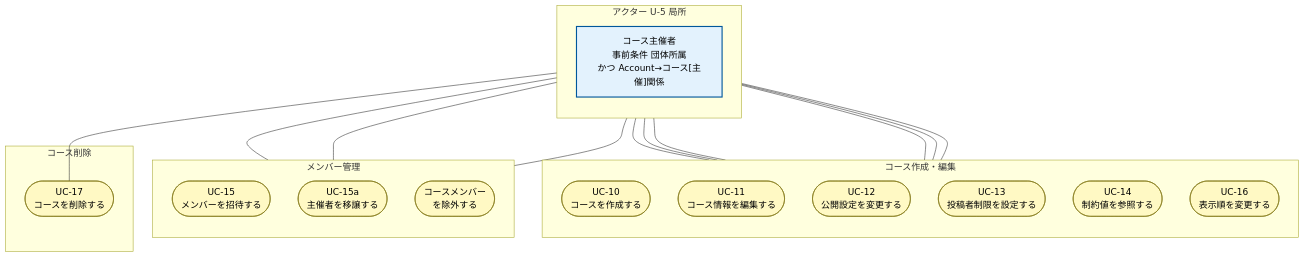
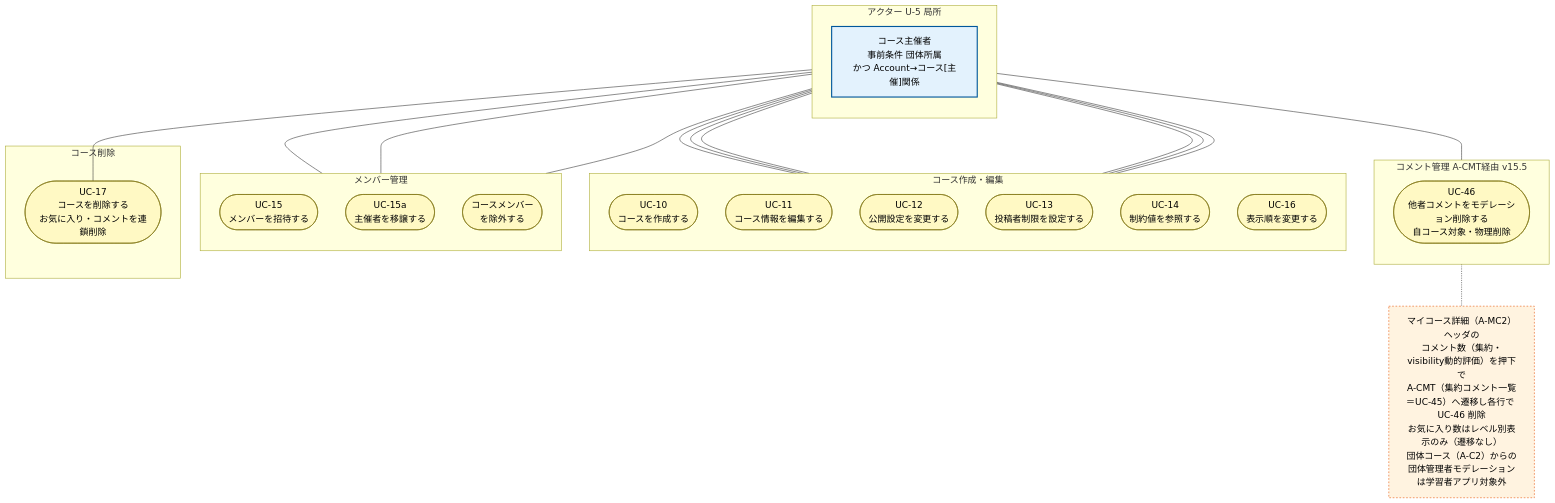
The diagram in choi/学習者アプリ_ユースケース図/学習者アプリ_ユースケース図_U5_マイコース運営.mmd (topicmaker-git/Pages), drawn with Mermaid before and after one commit. The commit also changed 7 other files, not shown here.

```diff
--- a/choi/学習者アプリ_ユースケース図/学習者アプリ_ユースケース図_U5_マイコース運営.mmd
+++ b/choi/学習者アプリ_ユースケース図/学習者アプリ_ユースケース図_U5_マイコース運営.mmd
@@ -1,43 +1,54 @@
 flowchart TB
 
 classDef actor fill:#e3f2fd,stroke:#01579b,stroke-width:2px,color:#000
 classDef uc fill:#fff9c4,stroke:#827717,stroke-width:1px,color:#000
+classDef note fill:#fff3e0,stroke:#e65100,stroke-width:1px,stroke-dasharray:3 3,color:#000
 
 subgraph A_Actors["アクター U-5 局所"]
     direction TB
     Owner["コース主催者<br/>事前条件 団体所属<br/>かつ Account→コース[主催]関係"]:::actor
 end
 
 subgraph UC_Create["コース作成・編集"]
     direction TB
     UC10(["UC-10<br/>コースを作成する"])
     UC11(["UC-11<br/>コース情報を編集する"])
     UC12(["UC-12<br/>公開設定を変更する"])
     UC13(["UC-13<br/>投稿者制限を設定する"])
     UC14(["UC-14<br/>制約値を参照する"])
     UC16(["UC-16<br/>表示順を変更する"])
 end
 
 subgraph UC_Member["メンバー管理"]
     direction TB
     UC15(["UC-15<br/>メンバーを招待する"])
     UC15a(["UC-15a<br/>主催者を移譲する"])
     UCExclude(["コースメンバー<br/>を除外する"])
 end
 
 subgraph UC_Delete["コース削除"]
-    UC17(["UC-17<br/>コースを削除する"])
+    UC17(["UC-17<br/>コースを削除する<br/>お気に入り・コメントを連鎖削除"])
 end
+
+subgraph UC_CommentMod["コメント管理 A-CMT経由 v15.5"]
+    direction TB
+    UC46(["UC-46<br/>他者コメントをモデレーション削除する<br/>自コース対象・物理削除"])
+end
+
+NoteCMT["マイコース詳細（A-MC2）ヘッダの<br/>コメント数（集約・visibility動的評価）を押下で<br/>A-CMT（集約コメント一覧＝UC-45）へ遷移し各行で UC-46 削除<br/>お気に入り数はレベル別表示のみ（遷移なし）<br/>団体コース（A-C2）からの団体管理者モデレーションは学習者アプリ対象外"]:::note
 
 Owner --- UC10
 Owner --- UC11
 Owner --- UC12
 Owner --- UC13
 Owner --- UC14
 Owner --- UC16
 Owner --- UC15
 Owner --- UC15a
 Owner --- UCExclude
 Owner --- UC17
+Owner --- UC46
 
-class UC10,UC11,UC12,UC13,UC14,UC16,UC15,UC15a,UCExclude,UC17 uc
+UC46 -.- NoteCMT
+
+class UC10,UC11,UC12,UC13,UC14,UC16,UC15,UC15a,UCExclude,UC17,UC46 uc
```
